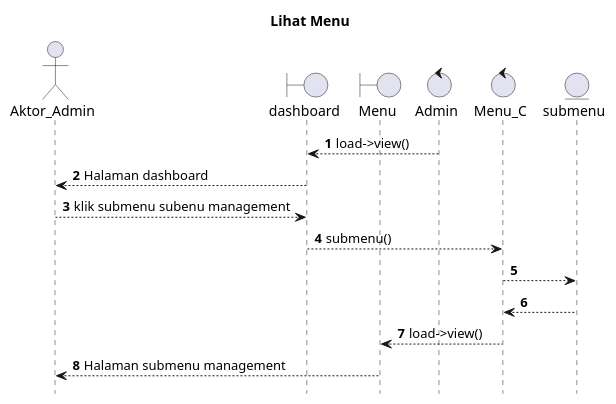
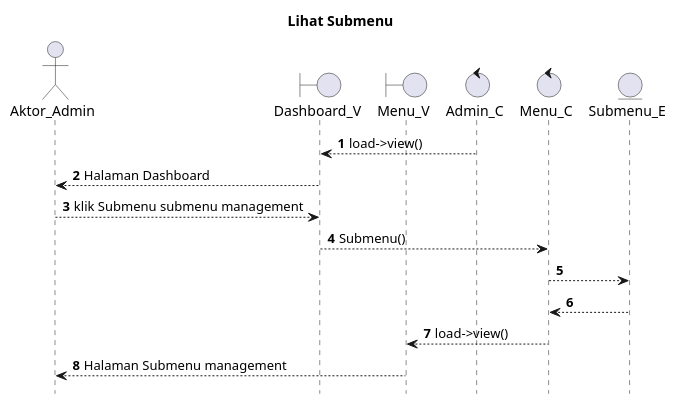
The diagram in UML/admin/viewsubmenu.puml (kurniado729/sistem_kp), drawn with PlantUML before and after one commit. The commit also changed 54 other files, not shown here.

```diff
--- a/UML/admin/viewsubmenu.puml
+++ b/UML/admin/viewsubmenu.puml
@@ -1,24 +1,24 @@
 @startuml
 
 autonumber
 hide footbox
-title Lihat Menu
+title Lihat Submenu
 
 Actor Aktor_Admin
-boundary dashboard
-boundary Menu
-control Admin
+boundary Dashboard_V
+boundary Menu_V
+control Admin_C
 control Menu_C
-Entity submenu
+Entity Submenu_E
 
-Admin --> dashboard: load->view()
-dashboard --> Aktor_Admin: Halaman dashboard
-Aktor_Admin --> dashboard: klik submenu subenu management
-dashboard --> Menu_C: submenu()
-Menu_C --> submenu:
+Admin_C --> Dashboard_V: load->view()
+Dashboard_V --> Aktor_Admin: Halaman Dashboard
+Aktor_Admin --> Dashboard_V: klik Submenu submenu management
+Dashboard_V --> Menu_C: Submenu()
+Menu_C --> Submenu_E:
     
-    submenu --> Menu_C:
-    Menu_C --> Menu: load->view()
-    Menu --> Aktor_Admin: Halaman submenu management
+    Submenu_E --> Menu_C:
+    Menu_C --> Menu_V: load->view()
+    Menu_V --> Aktor_Admin: Halaman Submenu management
 
 @enduml
```
